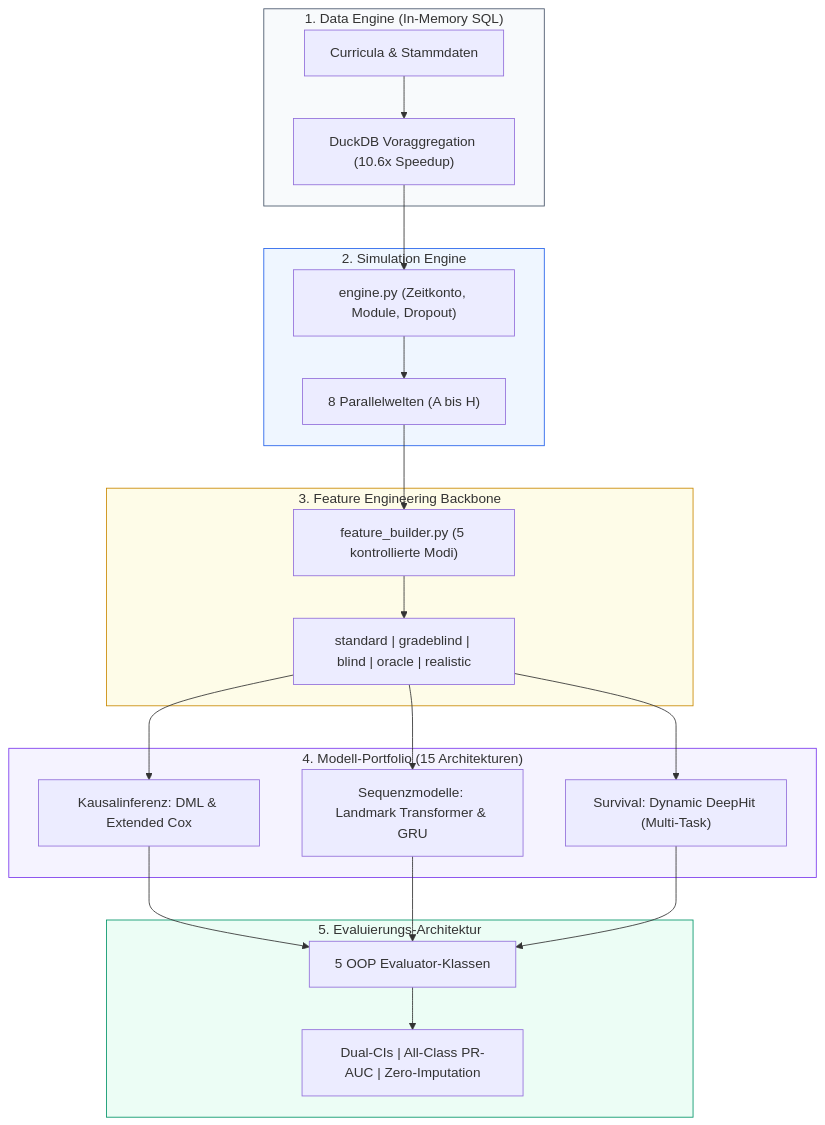
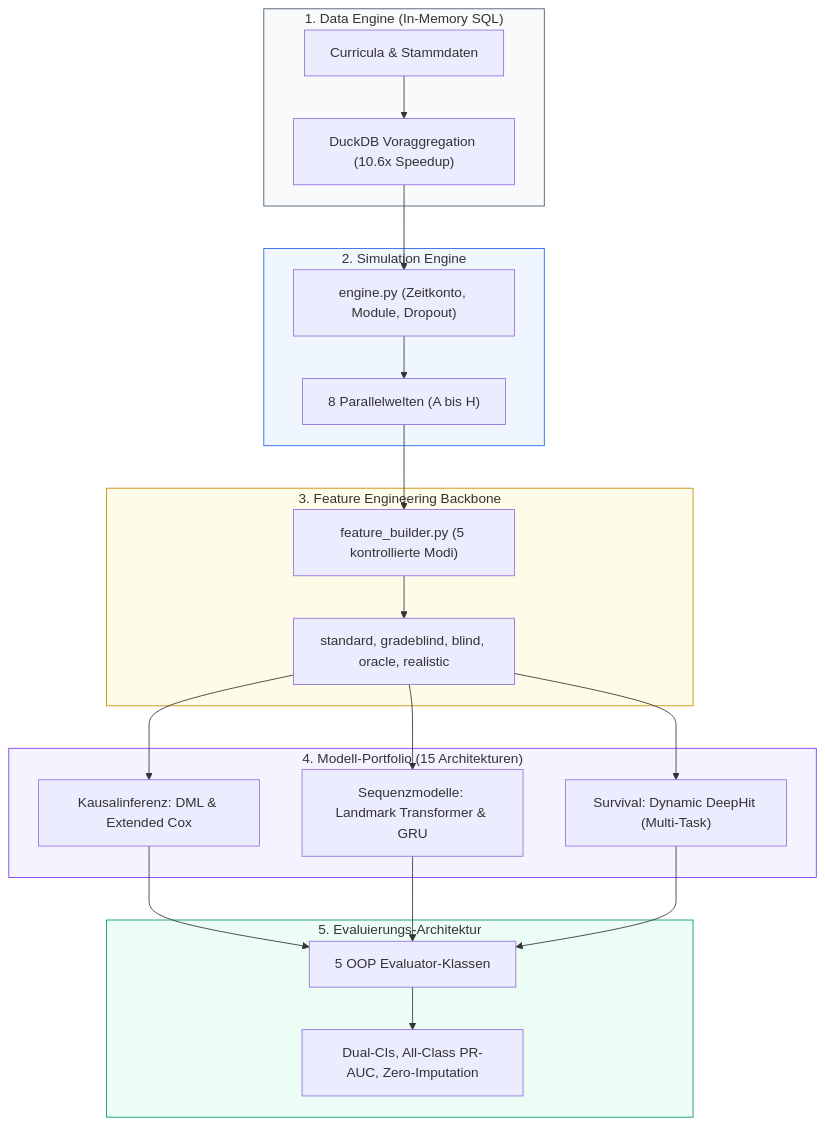
Before and after one commit to mAInbrAIn-wk/DeepHSSurvial: the third of 3 diagrams in README.md, drawn with Mermaid. The commit also changed other lines of this file, not shown here.

Commit message:
fix(readme): fix mermaid syntax parser errors and remove emojis for clean academic styling

````diff
--- a/README.md
+++ b/README.md
@@ -108,33 +108,33 @@
 ```mermaid
 flowchart TD
     subgraph Data["1. Data Engine (In-Memory SQL)"]
         Raw["Curricula & Stammdaten"] --> DuckDB["DuckDB Voraggregation (10.6x Speedup)"]
     end
 
     subgraph Sim["2. Simulation Engine"]
         DuckDB --> Engine["engine.py (Zeitkonto, Module, Dropout)"]
         Engine --> Worlds["8 Parallelwelten (A bis H)"]
     end
 
     subgraph Feat["3. Feature Engineering Backbone"]
         Worlds --> FB["feature_builder.py (5 kontrollierte Modi)"]
-        FB --> Modes["standard | gradeblind | blind | oracle | realistic"]
+        FB --> Modes["standard, gradeblind, blind, oracle, realistic"]
     end
 
     subgraph Models["4. Modell-Portfolio (15 Architekturen)"]
         Modes --> Causal["Kausalinferenz: DML & Extended Cox"]
         Modes --> DeepSeq["Sequenzmodelle: Landmark Transformer & GRU"]
         Modes --> Multi["Survival: Dynamic DeepHit (Multi-Task)"]
     end
 
     subgraph Eval["5. Evaluierungs-Architektur"]
         Causal & DeepSeq & Multi --> OOP["5 OOP Evaluator-Klassen"]
-        OOP --> Out["Dual-CIs | All-Class PR-AUC | Zero-Imputation"]
+        OOP --> Out["Dual-CIs, All-Class PR-AUC, Zero-Imputation"]
     end
 
     style Data fill:#f8fafc,stroke:#475569
     style Sim fill:#eff6ff,stroke:#2563eb
     style Feat fill:#fefce8,stroke:#ca8a04
     style Models fill:#f5f3ff,stroke:#7c3aed
     style Eval fill:#ecfdf5,stroke:#059669
 ```
````
